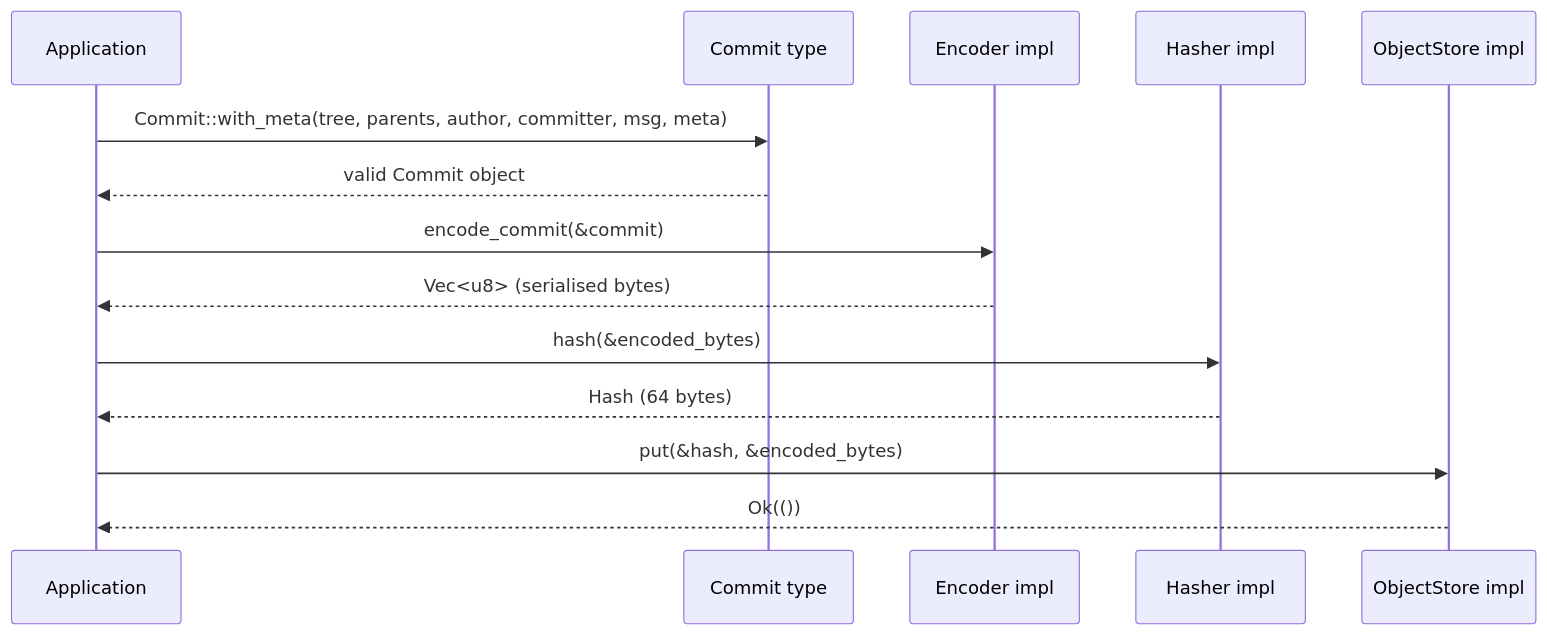
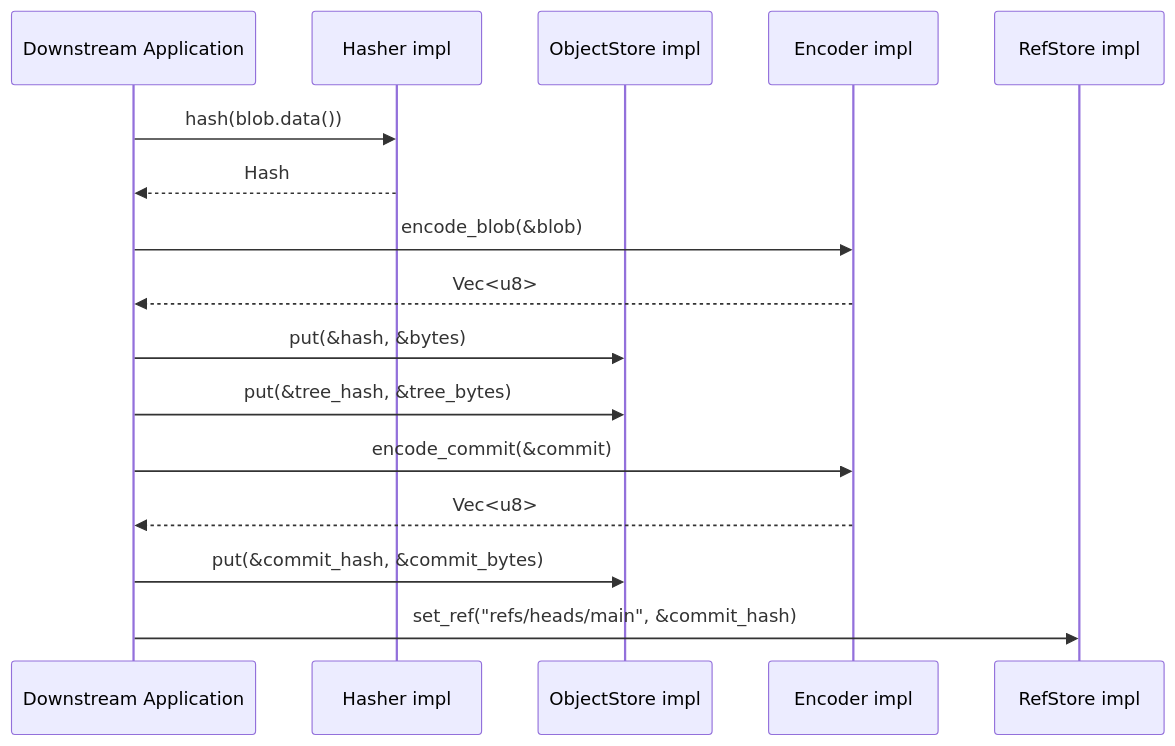
One commit to mroczect/libvctrl changed the third of 4 diagrams in libvctrl_handler/README.md. Above: the diagram before and after it, drawn with Mermaid. The commit also changed other lines of this file and 4 other files, not shown here.

````diff
--- a/libvctrl_handler/README.md
+++ b/libvctrl_handler/README.md
@@ -71,17 +139,19 @@
 ```mermaid
 sequenceDiagram
-    participant App as Application
-    participant Commit as Commit type
-    participant Encoder as Encoder impl
+    participant App as Downstream Application
     participant Hasher as Hasher impl
     participant Store as ObjectStore impl
+    participant Enc as Encoder impl
+    participant Ref as RefStore impl
 
-    App->>Commit: Commit::with_meta(tree, parents, author, committer, msg, meta)
-    Commit-->>App: valid Commit object
-    App->>Encoder: encode_commit(&commit)
-    Encoder-->>App: Vec<u8> (serialised bytes)
-    App->>Hasher: hash(&encoded_bytes)
-    Hasher-->>App: Hash (64 bytes)
-    App->>Store: put(&hash, &encoded_bytes)
-    Store-->>App: Ok(())
+    App->>Hasher: hash(blob.data())
+    Hasher-->>App: Hash
+    App->>Enc: encode_blob(&blob)
+    Enc-->>App: Vec<u8>
+    App->>Store: put(&hash, &bytes)
+    App->>Store: put(&tree_hash, &tree_bytes)
+    App->>Enc: encode_commit(&commit)
+    Enc-->>App: Vec<u8>
+    App->>Store: put(&commit_hash, &commit_bytes)
+    App->>Ref: set_ref("refs/heads/main", &commit_hash)
 ```
````
